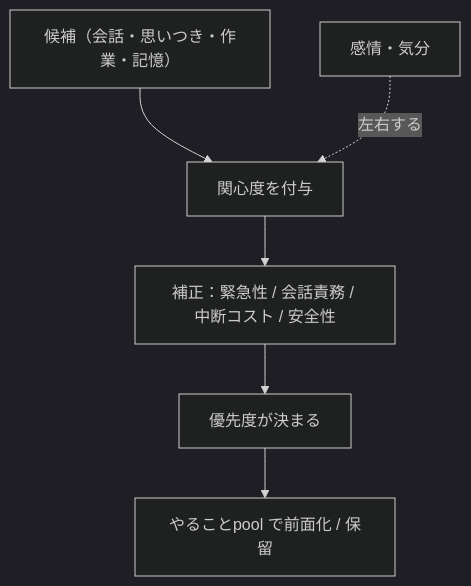
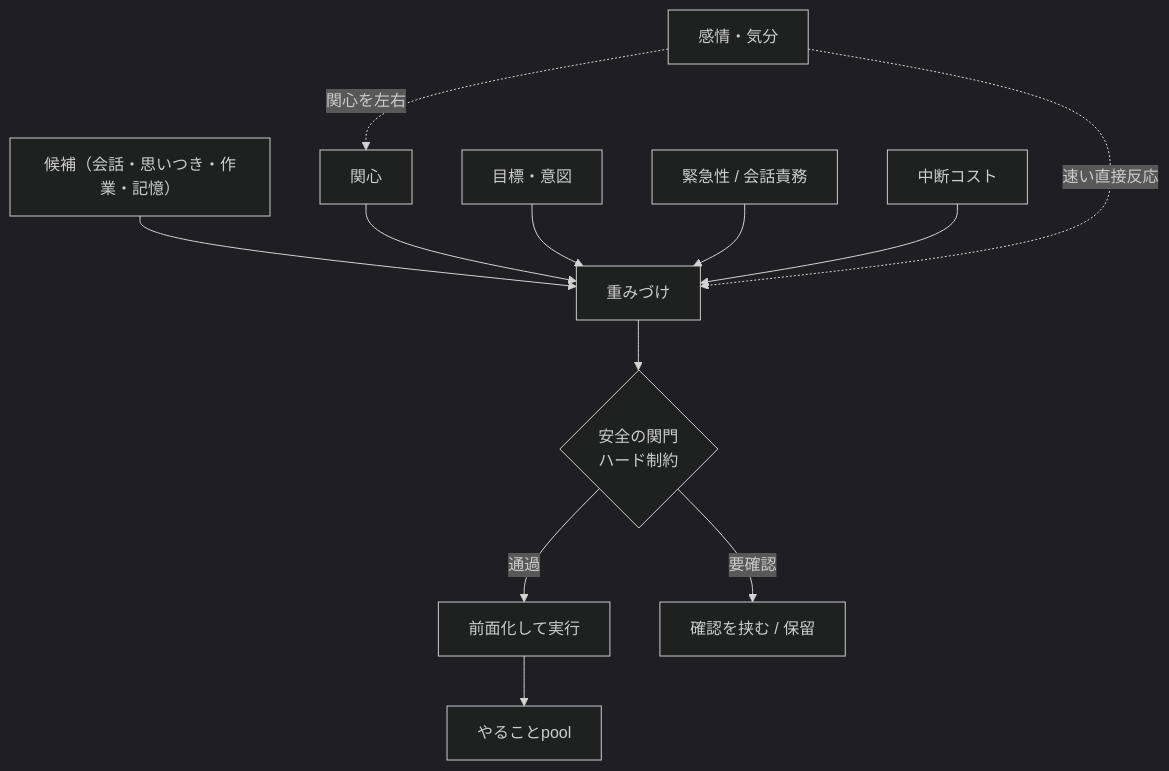
Before and after one commit to kizuna-org/akari: the diagram in docs/04-interest.md, drawn with Mermaid (dark theme). The commit also changed other lines of this file and 11 other files, not shown here.

````diff
--- a/docs/04-interest.md
+++ b/docs/04-interest.md
@@ -93,8 +119,14 @@
 ```mermaid
 flowchart TD
-    C[候補（会話・思いつき・作業・記憶）] --> I[関心度を付与]
-    EM[感情・気分] -. 左右する .-> I
-    I --> ADJ[補正：緊急性 / 会話責務 / 中断コスト / 安全性]
-    ADJ --> PRI[優先度が決まる]
-    PRI --> POOL[やることpool で前面化 / 保留]
+    C[候補（会話・思いつき・作業・記憶）] --> W[重みづけ]
+    IN[関心] --> W
+    GO[目標・意図] --> W
+    UR[緊急性 / 会話責務] --> W
+    IC[中断コスト] --> W
+    EM[感情・気分] -. 関心を左右 .-> IN
+    EM -. 速い直接反応 .-> W
+    W --> SAFE{安全の関門<br/>ハード制約}
+    SAFE -->|通過| PRI[前面化して実行]
+    SAFE -->|要確認| ASK[確認を挟む / 保留]
+    PRI --> POOL[やることpool]
 ```
````
